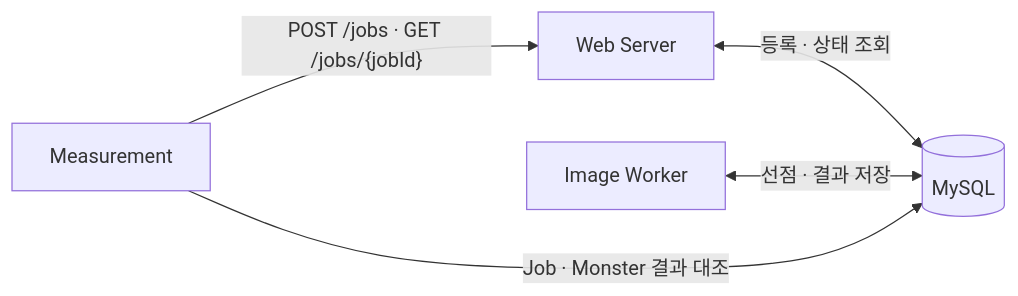
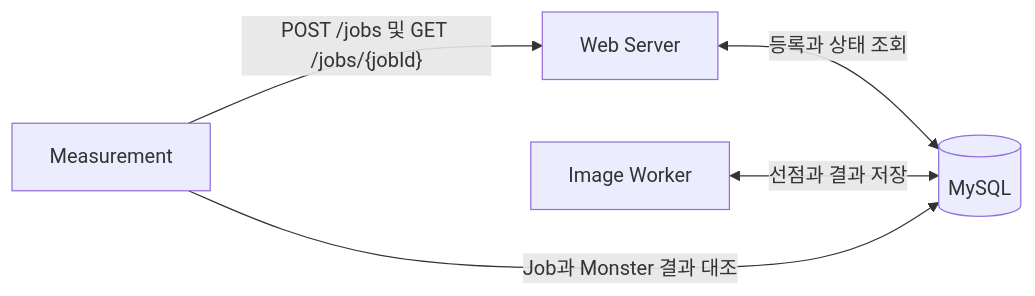
The diagram in technical-writing/blog-draft/06-measurement.md (kangrae-jo/woowa-archive), drawn with Mermaid before and after one commit. The commit also changed other lines of this file and 7 other files, not shown here.

````diff
--- a/technical-writing/blog-draft/06-measurement.md
+++ b/technical-writing/blog-draft/06-measurement.md
@@ -11,7 +11,7 @@
 ```mermaid
 flowchart LR
-    measurement["Measurement"] -->|"POST /jobs · GET /jobs/{jobId}"| web["Web Server"]
-    web <-->|"등록 · 상태 조회"| mysql[("MySQL")]
-    worker["Image Worker"] <-->|"선점 · 결과 저장"| mysql
-    measurement -->|"Job · Monster 결과 대조"| mysql
+    measurement["Measurement"] -->|"POST /jobs 및 GET /jobs/{jobId}"| web["Web Server"]
+    web <-->|"등록과 상태 조회"| mysql[("MySQL")]
+    worker["Image Worker"] <-->|"선점과 결과 저장"| mysql
+    measurement -->|"Job과 Monster 결과 대조"| mysql
 ```
````
